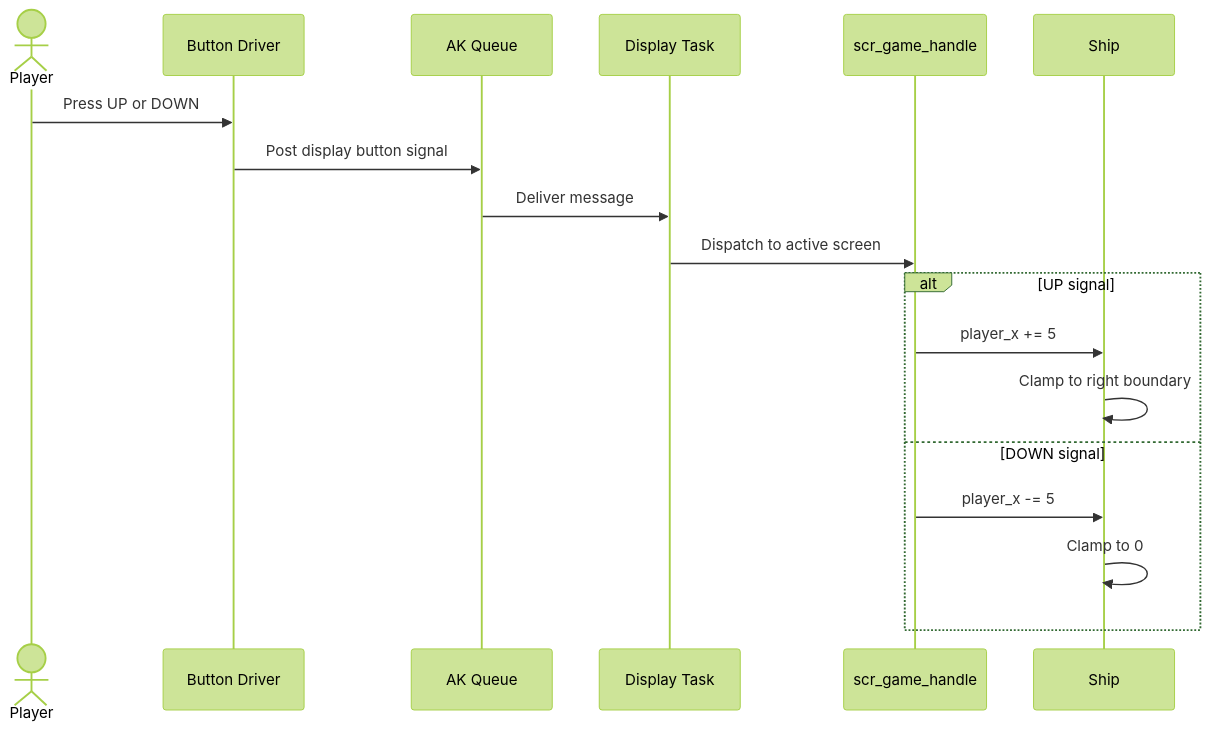
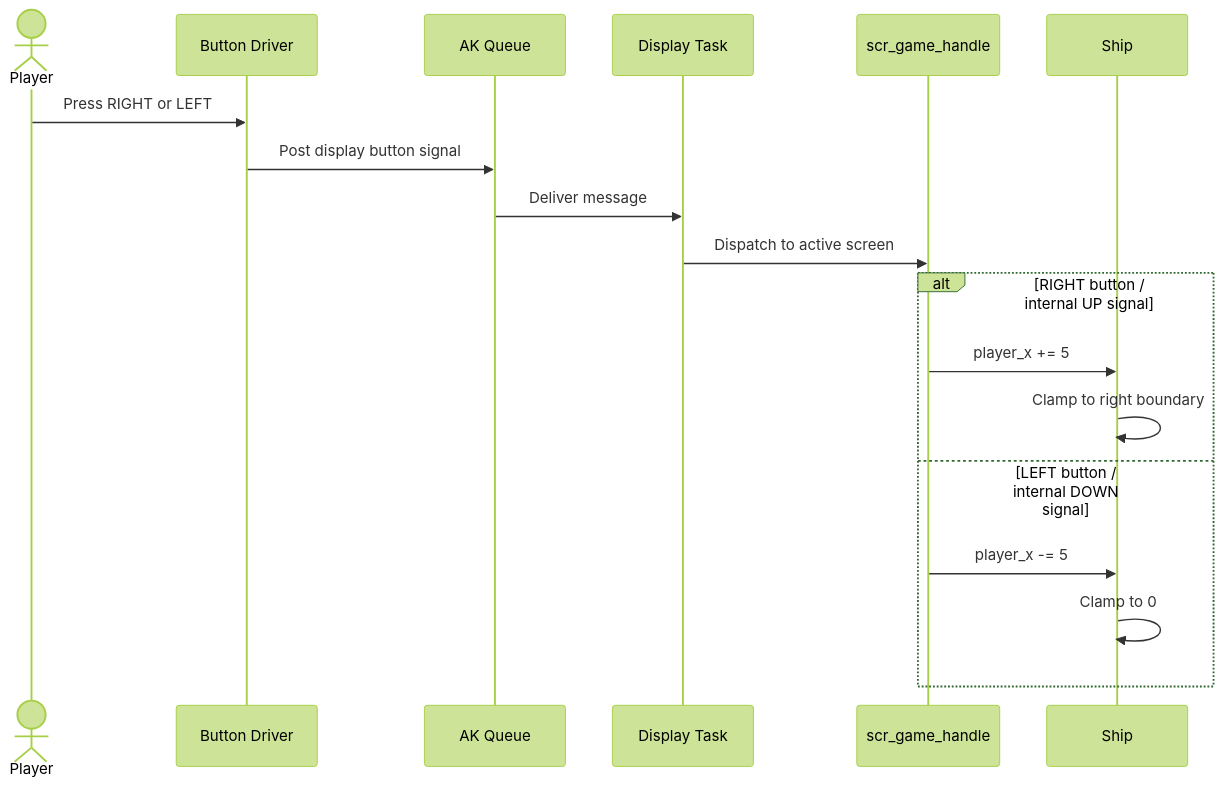
One commit to letuandat269/Bug_Storm changed the third of 12 diagrams in docs/02-design-sequence-object.md. Above: the diagram before and after it, drawn with Mermaid (forest theme). The commit also changed 4 other files, not shown here.

````diff
--- a/docs/02-design-sequence-object.md
+++ b/docs/02-design-sequence-object.md
@@ -98,21 +98,21 @@
 ```mermaid
 sequenceDiagram
     actor Player
     participant Driver as Button Driver
     participant Queue as AK Queue
     participant Display as Display Task
     participant Game as scr_game_handle
     participant Ship
 
-    Player->>Driver: Press UP or DOWN
+    Player->>Driver: Press RIGHT or LEFT
     Driver->>Queue: Post display button signal
     Queue->>Display: Deliver message
     Display->>Game: Dispatch to active screen
-    alt UP signal
+    alt RIGHT button / internal UP signal
         Game->>Ship: player_x += 5
         Ship->>Ship: Clamp to right boundary
-    else DOWN signal
+    else LEFT button / internal DOWN signal
         Game->>Ship: player_x -= 5
         Ship->>Ship: Clamp to 0
     end
 ```
````
